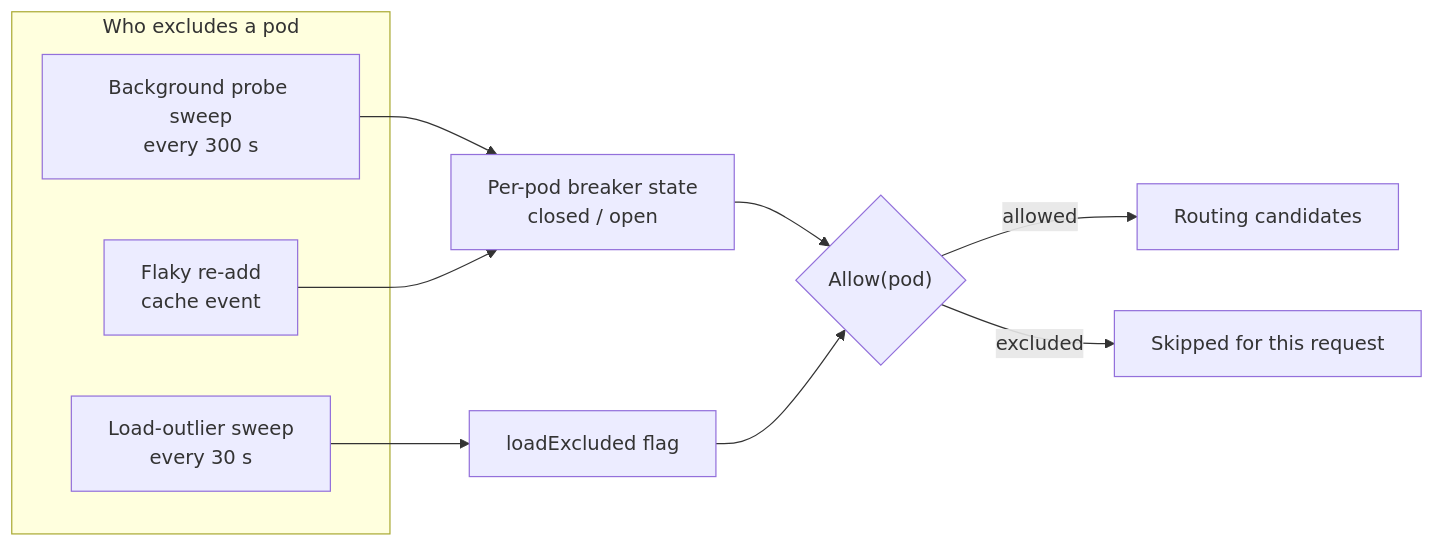
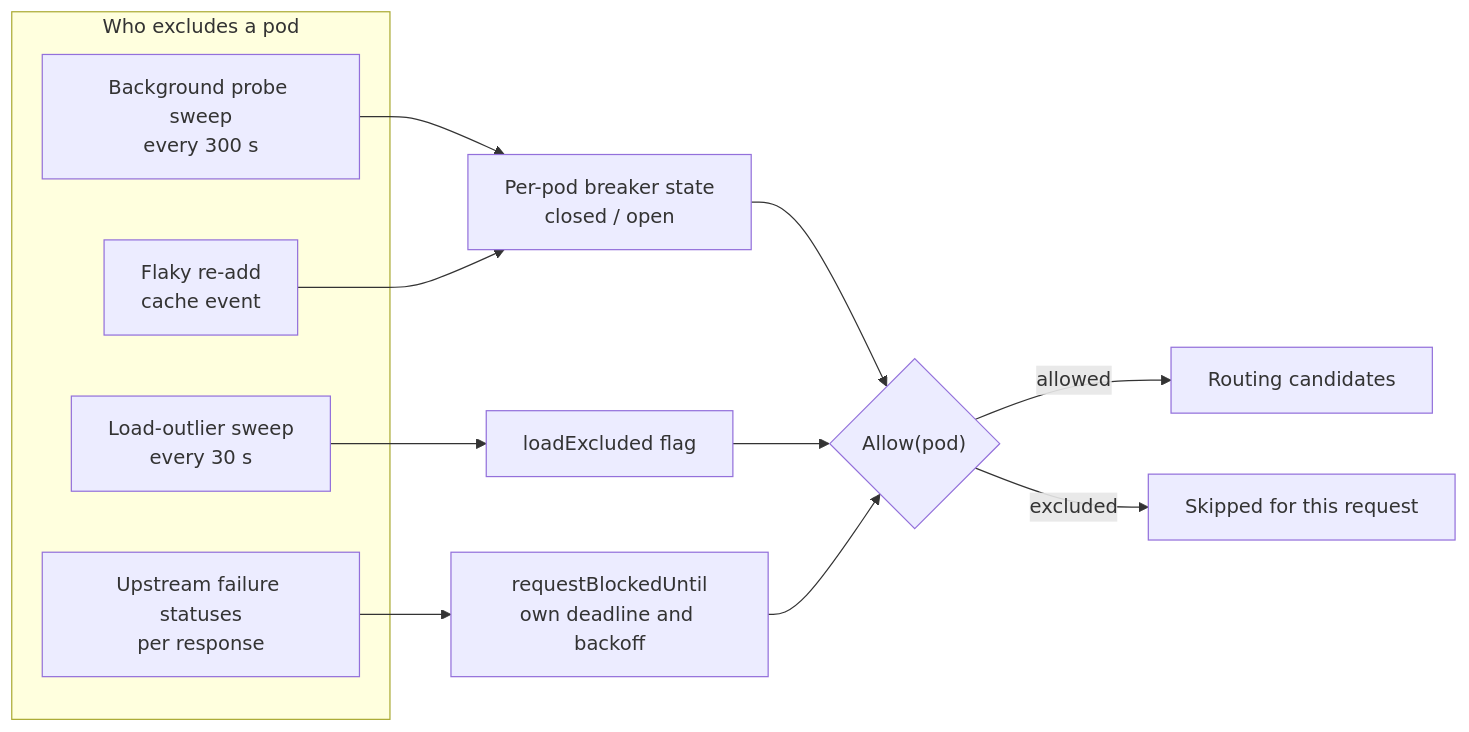
One commit to vllm-project/aibrix changed the first of 4 diagrams in pkg/plugins/gateway/blacklist/README.md. Above: the diagram before and after it, drawn with Mermaid. The commit also changed other lines of this file and 8 other files, not shown here.

First line of the commit message:
[Feat] Block pods on upstream failure statuses in the gateway blacklist

````diff
--- a/pkg/plugins/gateway/blacklist/README.md
+++ b/pkg/plugins/gateway/blacklist/README.md
@@ -51,15 +51,18 @@
 ```mermaid
 flowchart LR
     subgraph sources["Who excludes a pod"]
         B["Background probe sweep<br/>every 300 s"]
         D["Flaky re-add<br/>cache event"]
         C["Load-outlier sweep<br/>every 30 s"]
+        E["Upstream failure statuses<br/>per response"]
     end
     B --> S["Per-pod breaker state<br/>closed / open"]
     D --> S
     C --> L["loadExcluded flag"]
+    E --> Q["requestBlockedUntil<br/>own deadline and backoff"]
     S --> G{"Allow(pod)"}
     L --> G
+    Q --> G
     G -->|allowed| R["Routing candidates"]
     G -->|excluded| X["Skipped for this request"]
 ```
````
